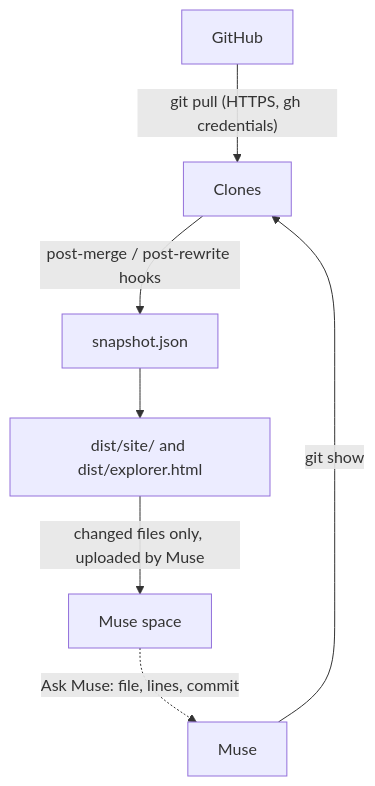
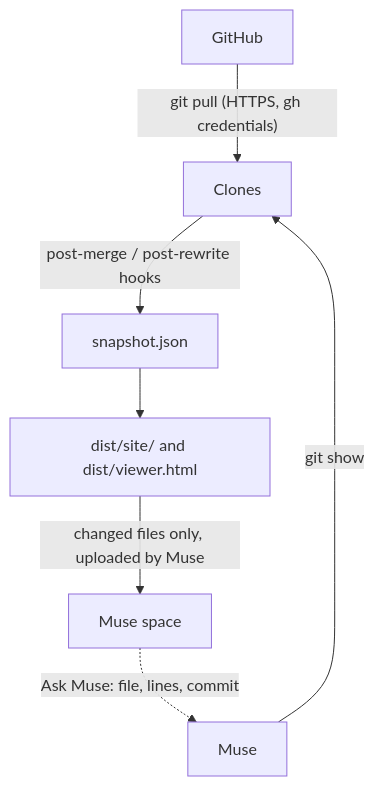
One commit to masato-umeno/muse-repo-explorer changed the diagram in docs/architecture.md. Above: the diagram before and after it, drawn with Mermaid. The commit also changed other lines of this file and 19 other files, not shown here.

````diff
--- a/docs/architecture.md
+++ b/docs/architecture.md
@@ -14,9 +14,9 @@
 ```mermaid
 flowchart TB
   GH[GitHub] -- "git pull (HTTPS, gh credentials)" --> CL[Clones]
   CL -- "post-merge / post-rewrite hooks" --> SN[snapshot.json]
-  SN --> DI["dist/site/ and dist/explorer.html"]
+  SN --> DI["dist/site/ and dist/viewer.html"]
   DI -- "changed files only, uploaded by Muse" --> SP[Muse space]
   SP -. "Ask Muse: file, lines, commit" .-> MU[Muse]
   MU -- "git show" --> CL
 ```
````
